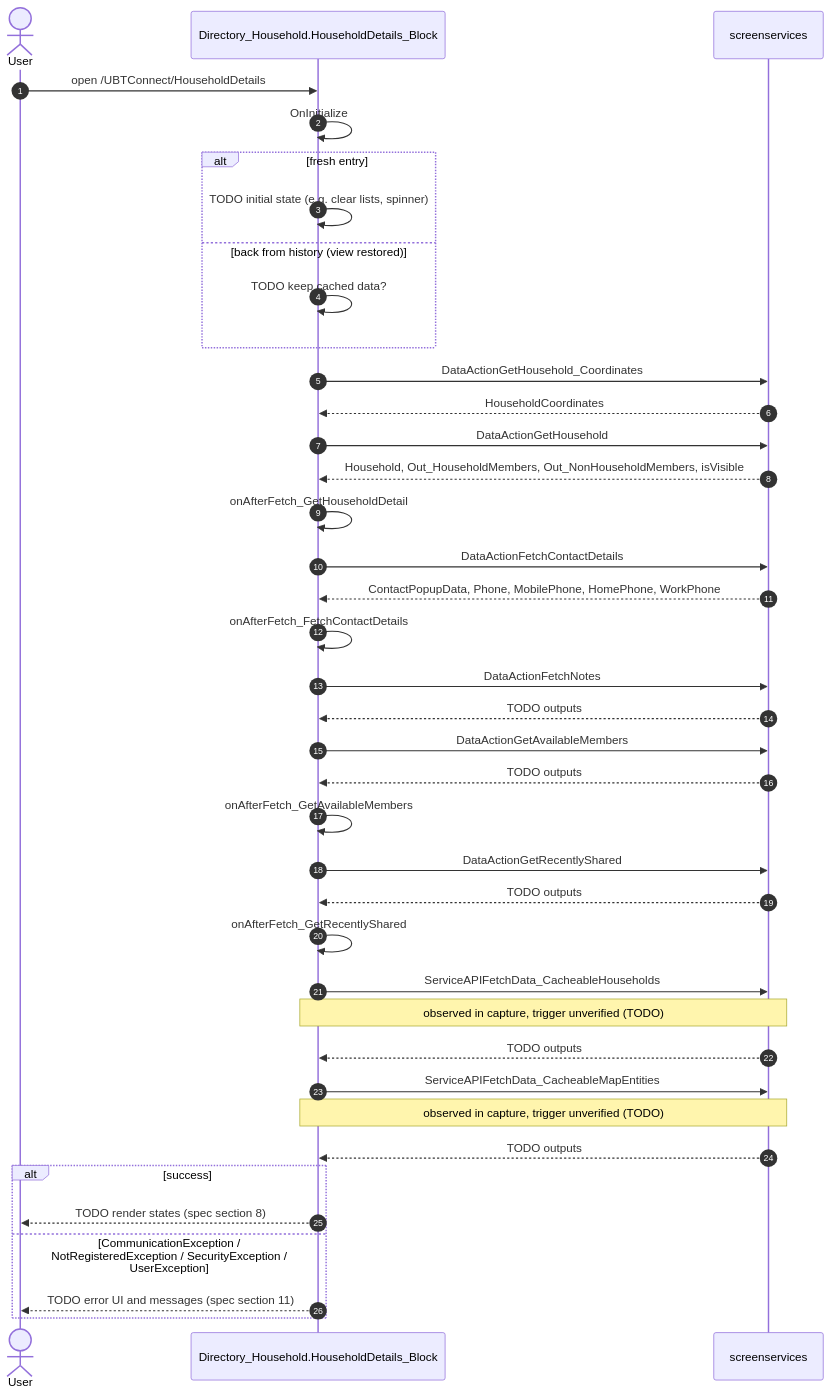
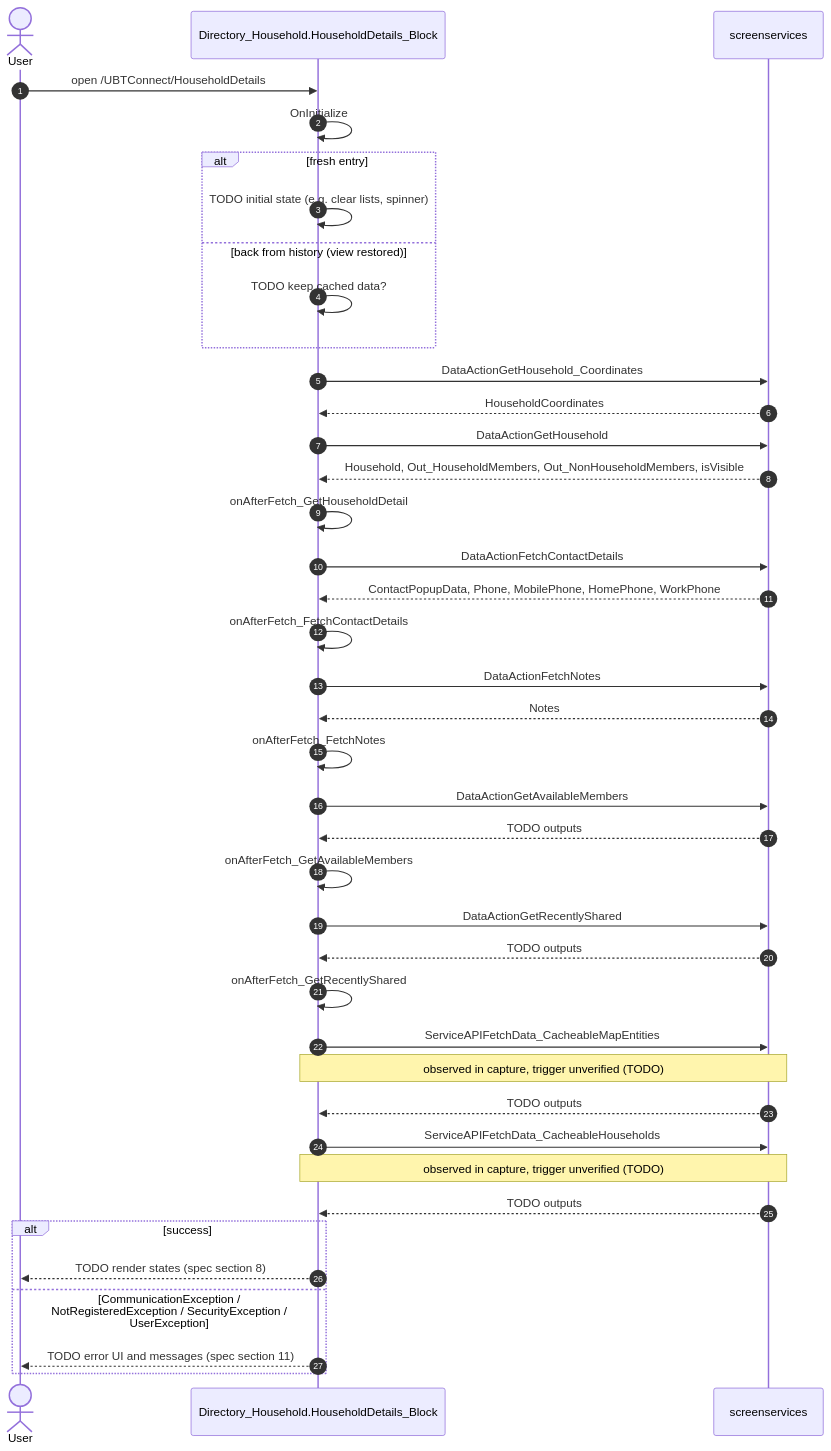
The second of 8 diagrams in migration/screens/HouseholdDetails/analysis/diagrams.md (Phoenix-DX/connect-new-ui), drawn with Mermaid before and after one commit. The commit also changed other lines of this file and 1877 other files, not shown here.

````diff
--- a/migration/screens/HouseholdDetails/analysis/diagrams.md
+++ b/migration/screens/HouseholdDetails/analysis/diagrams.md
@@ -103,42 +102,43 @@
 ```mermaid
 %% DRAFT generated by analyze_capture.py. Fill every TODO from the handlers in sources/pretty.
 sequenceDiagram
   autonumber
   actor U as User
   participant S as Directory_Household.HouseholdDetails_Block
   participant API as screenservices
   U->>S: open /UBTConnect/HouseholdDetails
   S->>S: OnInitialize
   alt fresh entry
     S->>S: TODO initial state (e.g. clear lists, spinner)
   else back from history (view restored)
     S->>S: TODO keep cached data?
   end
   S->>API: DataActionGetHousehold_Coordinates
   API-->>S: HouseholdCoordinates
   S->>API: DataActionGetHousehold
   API-->>S: Household, Out_HouseholdMembers, Out_NonHouseholdMembers, isVisible
   S->>S: onAfterFetch_GetHouseholdDetail
   S->>API: DataActionFetchContactDetails
   API-->>S: ContactPopupData, Phone, MobilePhone, HomePhone, WorkPhone
   S->>S: onAfterFetch_FetchContactDetails
   S->>API: DataActionFetchNotes
-  API-->>S: TODO outputs
+  API-->>S: Notes
+  S->>S: onAfterFetch_FetchNotes
   S->>API: DataActionGetAvailableMembers
   API-->>S: TODO outputs
   S->>S: onAfterFetch_GetAvailableMembers
   S->>API: DataActionGetRecentlyShared
   API-->>S: TODO outputs
   S->>S: onAfterFetch_GetRecentlyShared
-  S->>API: ServiceAPIFetchData_CacheableHouseholds
+  S->>API: ServiceAPIFetchData_CacheableMapEntities
   Note over S,API: observed in capture, trigger unverified (TODO)
   API-->>S: TODO outputs
-  S->>API: ServiceAPIFetchData_CacheableMapEntities
+  S->>API: ServiceAPIFetchData_CacheableHouseholds
   Note over S,API: observed in capture, trigger unverified (TODO)
   API-->>S: TODO outputs
   alt success
     S-->>U: TODO render states (spec section 8)
   else CommunicationException / NotRegisteredException / SecurityException / UserException
     S-->>U: TODO error UI and messages (spec section 11)
   end
 ```
````
